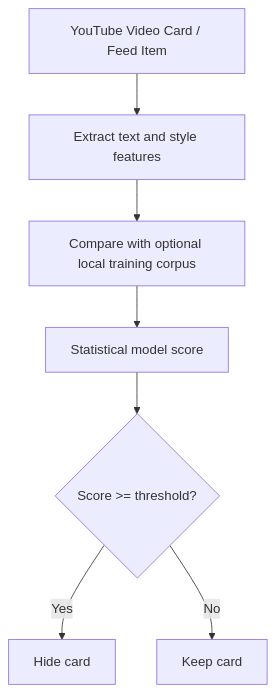
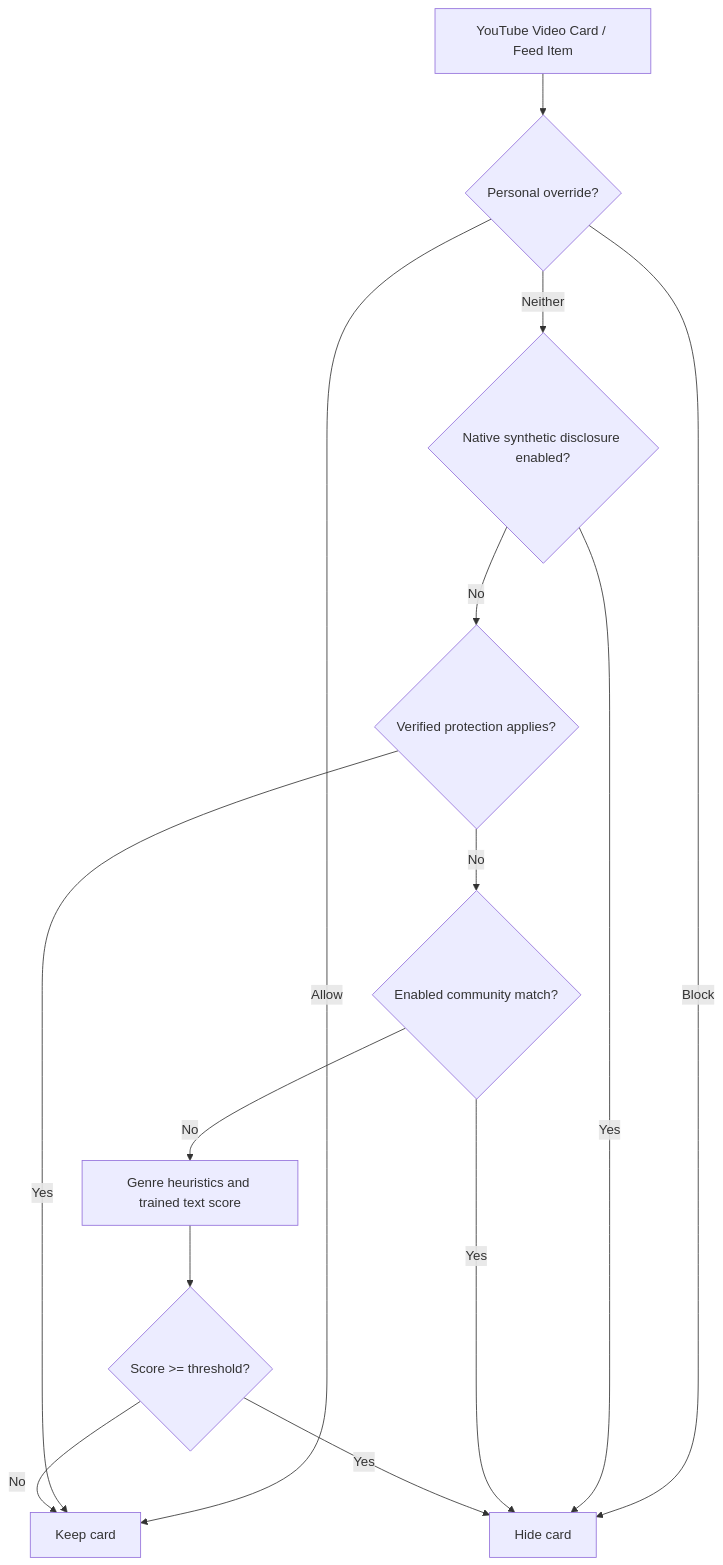
The diagram in README.md (pranav256/block-ai-slop), drawn with Mermaid before and after one commit. The commit also changed other lines of this file and 9 other files, not shown here.

Commit message:
fix(detection): correct text model and restore creator safety

````diff
--- a/README.md
+++ b/README.md
@@ -32,9 +32,16 @@
 ```mermaid
 flowchart TD
-    VideoCard[YouTube Video Card / Feed Item] --> Features[Extract text and style features]
-    Features --> Training[Compare with optional local training corpus]
-    Training --> Score[Statistical model score]
+    VideoCard[YouTube Video Card / Feed Item] --> Overrides{Personal override?}
+    Overrides -- Allow --> Allow[Keep card]
+    Overrides -- Block --> Block[Hide card]
+    Overrides -- Neither --> Native{Native synthetic disclosure enabled?}
+    Native -- Yes --> Block
+    Native -- No --> Verified{Verified protection applies?}
+    Verified -- Yes --> Allow
+    Verified -- No --> Community{Enabled community match?}
+    Community -- Yes --> Block
+    Community -- No --> Score[Genre heuristics and trained text score]
     Score --> Decision{Score >= threshold?}
     Decision -- Yes --> Block[Hide card]
     Decision -- No --> Allow[Keep card]
 ```
````
